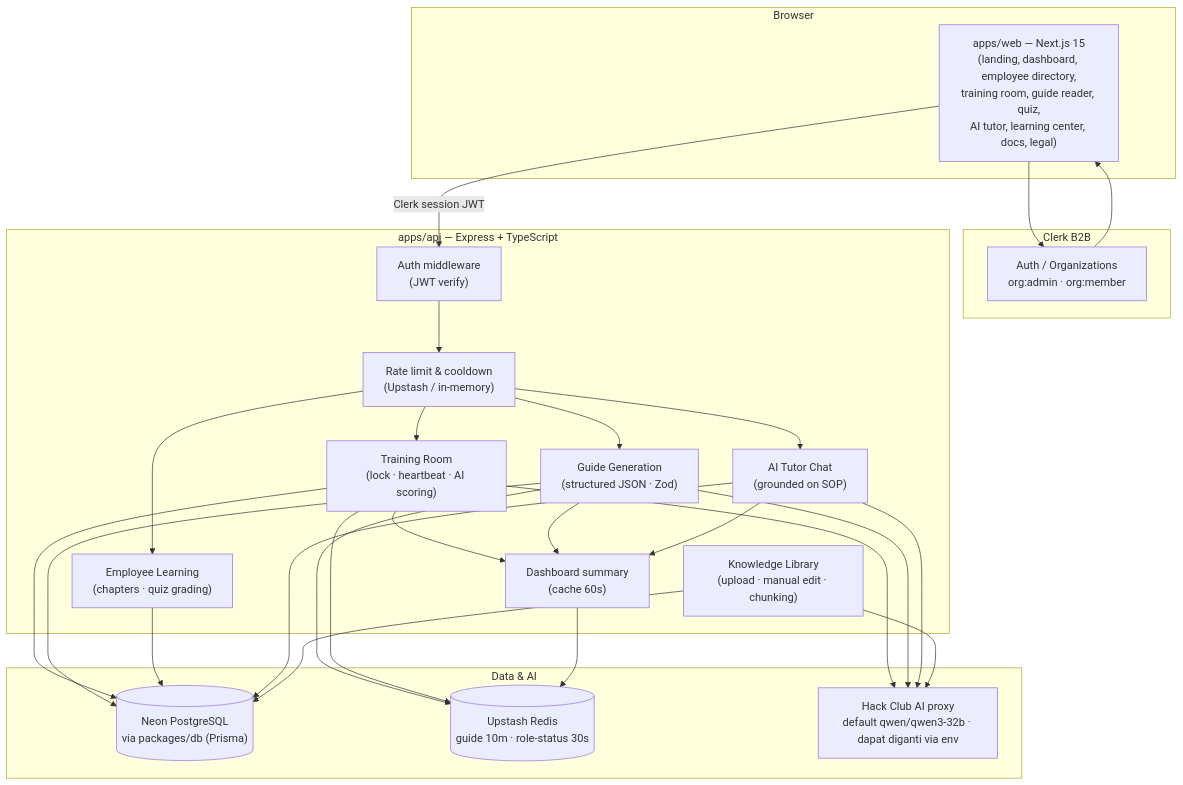
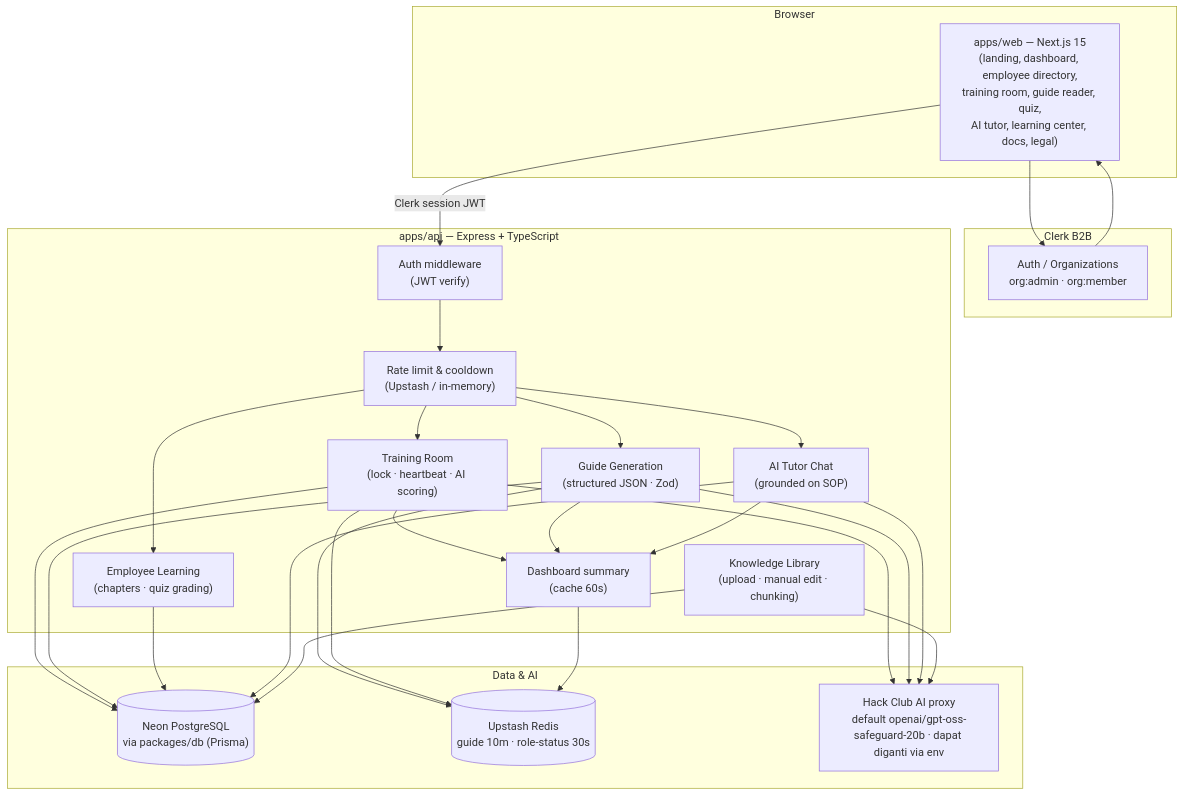
One commit to alarixfr/emplobo changed the diagram in README.md. Above: the diagram before and after it, drawn with Mermaid. The commit also changed other lines of this file and 11 other files, not shown here.

Commit message:
feat: gpt-oss-safeguard-20b model, human-tone prompts, landing nav font, training retry, pain-value section

````diff
--- a/README.md
+++ b/README.md
@@ -190,41 +190,41 @@
 ```mermaid
 flowchart TB
   subgraph Browser["Browser"]
     W["apps/web — Next.js 15<br/>(landing, dashboard, employee directory,<br/>training room, guide reader, quiz,<br/>AI tutor, learning center, docs, legal)"]
   end
 
   subgraph Clerk["Clerk B2B"]
     CL["Auth / Organizations<br/>org:admin · org:member"]
   end
 
   subgraph API["apps/api — Express + TypeScript"]
     A["Auth middleware<br/>(JWT verify)"]
     RL["Rate limit & cooldown<br/>(Upstash / in-memory)"]
     TR["Training Room<br/>(lock · heartbeat · AI scoring)"]
     GG["Guide Generation<br/>(structured JSON · Zod)"]
     KB["Knowledge Library<br/>(upload · manual edit · chunking)"]
     EMP["Employee Learning<br/>(chapters · quiz grading)"]
     CH["AI Tutor Chat<br/>(grounded on SOP)"]
     DBX["Dashboard summary<br/>(cache 60s)"]
   end
 
   subgraph Data["Data & AI"]
     DB[("Neon PostgreSQL<br/>via packages/db (Prisma)")]
     RC[("Upstash Redis<br/>guide 10m · role-status 30s")]
-    AI["Hack Club AI proxy<br/>default qwen/qwen3-32b · dapat diganti via env"]
+    AI["Hack Club AI proxy<br/>default openai/gpt-oss-safeguard-20b · dapat diganti via env"]
   end
 
   W -->|Clerk session JWT| A
   W --> CL
   CL --> W
   A --> RL
   RL --> TR & GG & EMP & CH
   TR --> AI
   GG --> AI
   CH --> AI
   KB --> AI
   TR & GG & CH --> DBX
   TR & GG & EMP & CH & KB --> DB
   GG & TR --> RC
   DBX --> RC
 ```
````
